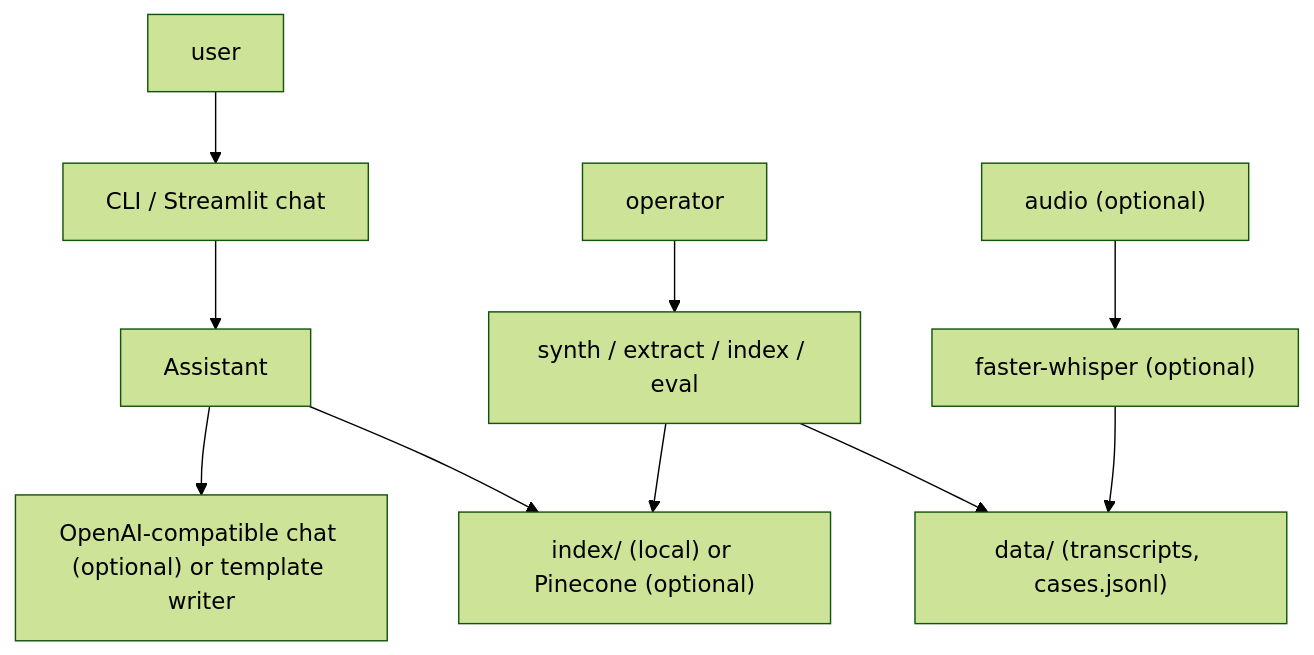
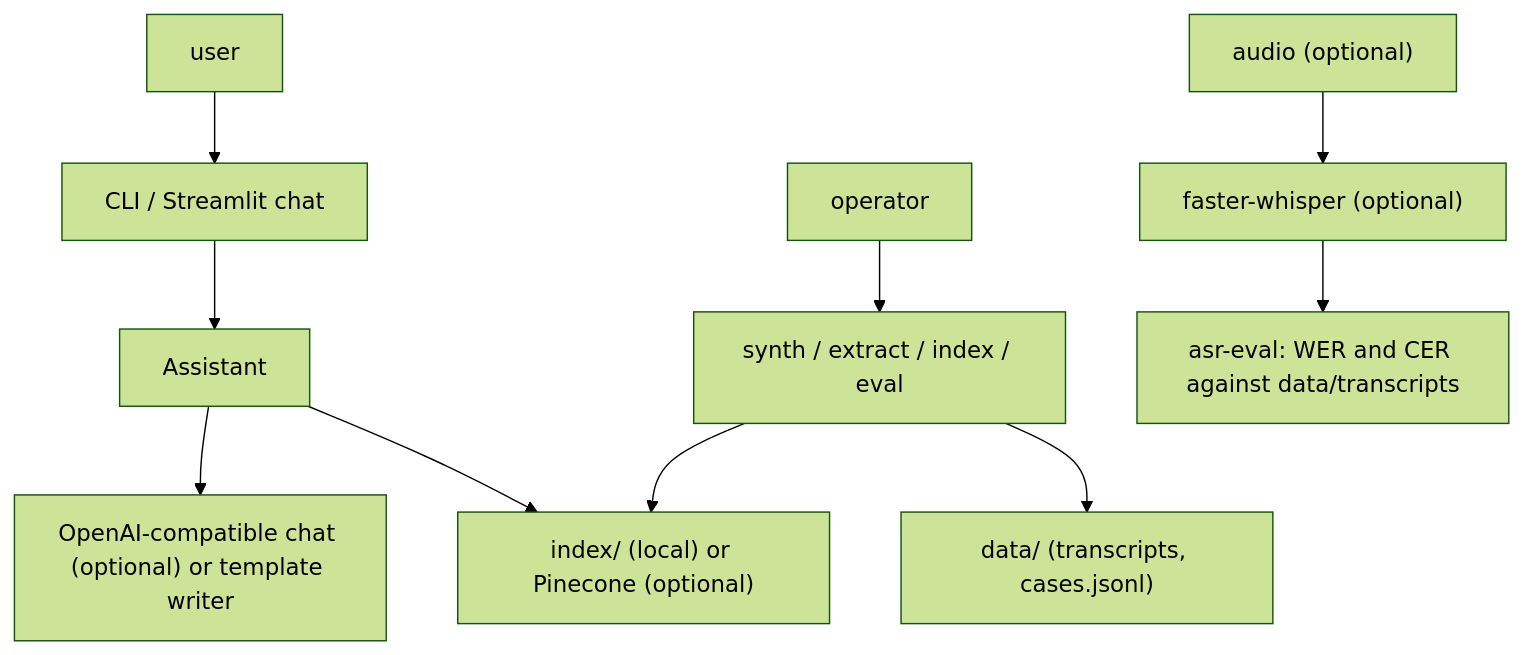
One commit to KrishnaAnnavaram/symptom-sage changed the third of 17 diagrams in README.md. Above: the diagram before and after it, drawn with Mermaid (forest theme). The commit also changed other lines of this file, not shown here.

Commit message:
Add the workflow diagrams to the README

````diff
--- a/README.md
+++ b/README.md
@@ -143,11 +197,11 @@
 ```mermaid
 flowchart TB
     U["user"] --> UI["CLI / Streamlit chat"]
     UI --> AS["Assistant"]
     AS --> IDX["index/ (local) or Pinecone (optional)"]
     AS --> LLM["OpenAI-compatible chat (optional) or template writer"]
     OP["operator"] --> ING["synth / extract / index / eval"]
     ING --> D["data/ (transcripts, cases.jsonl)"]
     ING --> IDX
-    AUD["audio (optional)"] --> W["faster-whisper (optional)"] --> D
+    AUD["audio (optional)"] --> W["faster-whisper (optional)"] --> WER["asr-eval: WER and CER against data/transcripts"]
 ```
````
